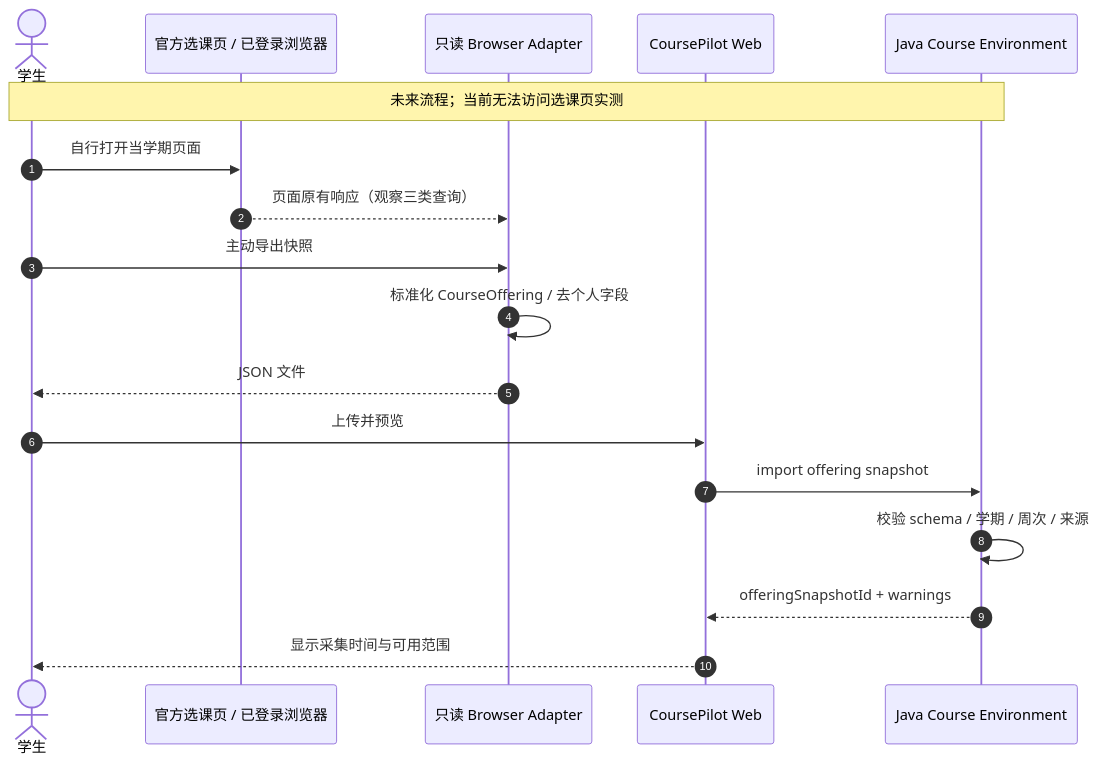
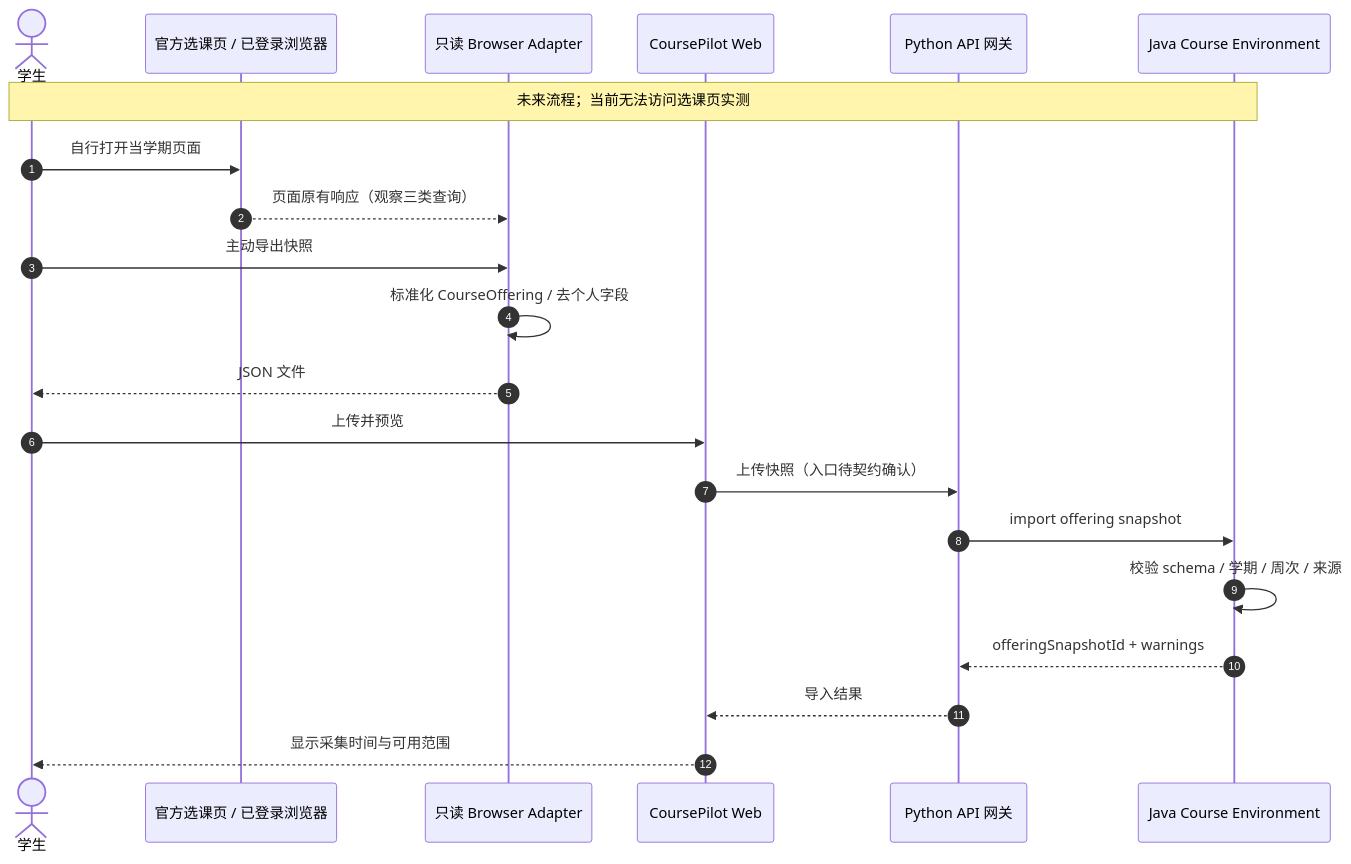
One commit to HelicasECoode42/CoursePilot-Evo changed the diagram in docs/diagrams/browser-capture.mmd. Above: the diagram before and after it, drawn with Mermaid. The commit also changed 8 other files, not shown here.

```diff
--- a/docs/diagrams/browser-capture.mmd
+++ b/docs/diagrams/browser-capture.mmd
@@ -1,18 +1,21 @@
 sequenceDiagram
   autonumber
   actor Student as 学生
   participant JW as 官方选课页 / 已登录浏览器
   participant BA as 只读 Browser Adapter
   participant Web as CoursePilot Web
+  participant Python as Python API 网关
   participant Java as Java Course Environment
   Note over Student,Java: 未来流程；当前无法访问选课页实测
   Student->>JW: 自行打开当学期页面
   JW-->>BA: 页面原有响应（观察三类查询）
   Student->>BA: 主动导出快照
   BA->>BA: 标准化 CourseOffering / 去个人字段
   BA-->>Student: JSON 文件
   Student->>Web: 上传并预览
-  Web->>Java: import offering snapshot
+  Web->>Python: 上传快照（入口待契约确认）
+  Python->>Java: import offering snapshot
   Java->>Java: 校验 schema / 学期 / 周次 / 来源
-  Java-->>Web: offeringSnapshotId + warnings
+  Java-->>Python: offeringSnapshotId + warnings
+  Python-->>Web: 导入结果
   Web-->>Student: 显示采集时间与可用范围
```
